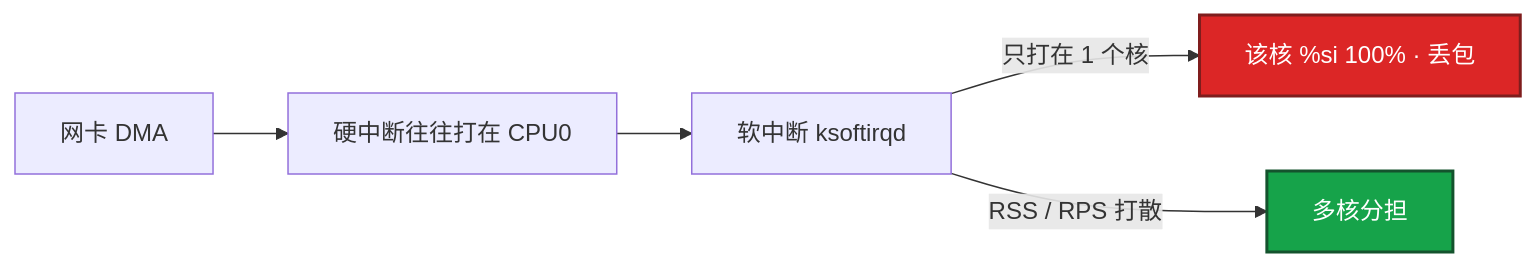
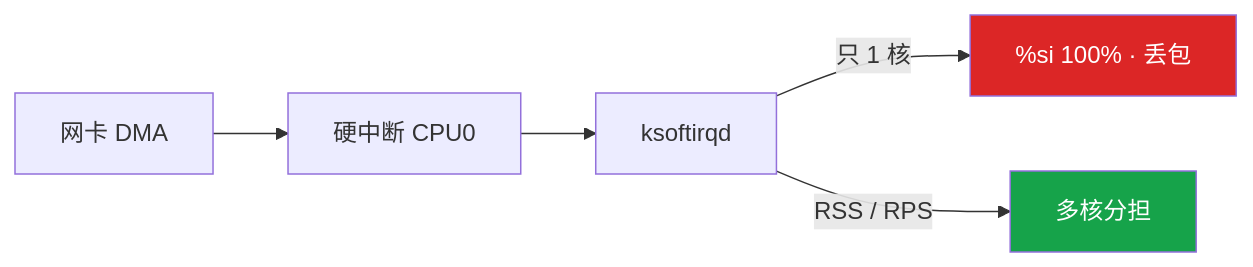
Before and after one commit to ml-cuizijun/LearnToLilith: the fourth of 6 diagrams in 02-基础底座/03-CPU与Load/知识点.md, drawn with Mermaid. The commit also changed other lines of this file and 213 other files, not shown here.

````diff
--- a/02-基础底座/03-CPU与Load/知识点.md
+++ b/02-基础底座/03-CPU与Load/知识点.md
@@ -234,12 +195,12 @@
 ```mermaid
 flowchart LR
-    A[网卡 DMA] --> B[硬中断往往打在 CPU0]
-    B --> C[软中断 ksoftirqd]
-    C -->|只打在 1 个核| D["该核 %si 100% · 丢包"]
-    C -->|RSS / RPS 打散| E[多核分担]
+    A[网卡 DMA] --> B[硬中断 CPU0]
+    B --> C[ksoftirqd]
+    C -->|只 1 核| D["%si 100% · 丢包"]
+    C -->|RSS / RPS| E[多核分担]
 
-    classDef bad fill:#DC2626,stroke:#7F1D1D,stroke-width:2px,color:#fff
-    classDef ok fill:#16A34A,stroke:#14532D,stroke-width:2px,color:#fff
+    classDef bad fill:#DC2626,color:#fff
+    classDef ok fill:#16A34A,color:#fff
     class D bad
     class E ok
 ```
````
